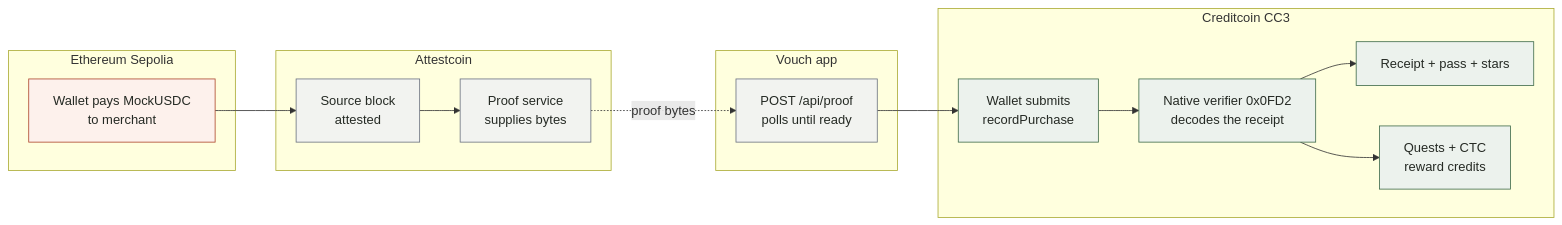
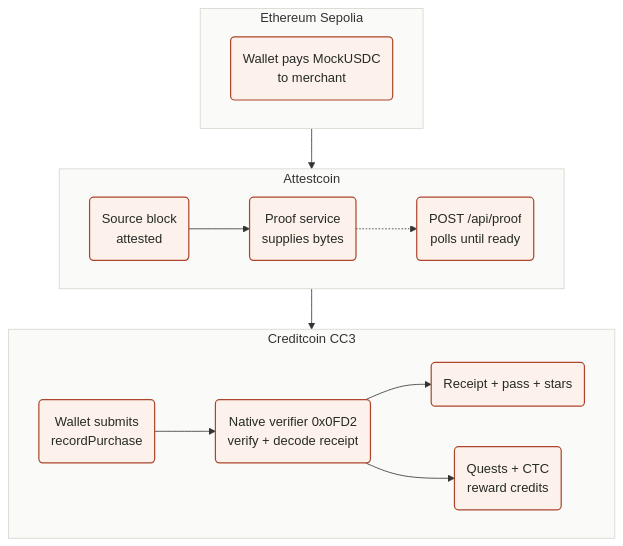
Before and after one commit to dun999/vouch: the diagram in README.md, drawn with Mermaid.

Commit message:
Lay out Attestcoin flow diagram as stacked horizontal bands

````diff
--- a/README.md
+++ b/README.md
@@ -34,35 +34,27 @@
 ```mermaid
-flowchart LR
-    subgraph sepolia["Ethereum Sepolia"]
-        PAY["Wallet pays MockUSDC<br/>to merchant"]
+flowchart TB
+    subgraph src["Ethereum Sepolia"]
+        direction LR
+        PAY("Wallet pays MockUSDC<br/>to merchant")
     end
 
-    subgraph attestcoin["Attestcoin"]
-        BLK["Source block<br/>attested"]
-        PRV["Proof service<br/>supplies bytes"]
+    subgraph att["Attestcoin"]
+        direction LR
+        BLK("Source block<br/>attested") --> PRV("Proof service<br/>supplies bytes") -.-> API("POST /api/proof<br/>polls until ready")
     end
 
-    subgraph vouch["Vouch app"]
-        API["POST /api/proof<br/>polls until ready"]
+    subgraph cc["Creditcoin CC3"]
+        direction LR
+        REC("Wallet submits<br/>recordPurchase") --> VER("Native verifier 0x0FD2<br/>verify + decode receipt")
+        VER --> RWD("Receipt + pass + stars")
+        VER --> QST("Quests + CTC<br/>reward credits")
     end
 
-    subgraph creditcoin["Creditcoin CC3"]
-        REC["Wallet submits<br/>recordPurchase"]
-        VER["Native verifier 0x0FD2<br/>decodes the receipt"]
-        RWD["Receipt + pass + stars"]
-        QST["Quests + CTC<br/>reward credits"]
-    end
+    src --> att --> cc
 
-    PAY --> BLK --> PRV
-    PRV -. proof bytes .-> API
-    API --> REC --> VER
-    VER --> RWD
-    VER --> QST
-
-    classDef src fill:#FDF1EC,stroke:#AD462C,stroke-width:1px,color:#252A24
-    classDef mid fill:#F2F3F0,stroke:#6B7280,stroke-width:1px,color:#252A24
-    classDef dst fill:#ECF2ED,stroke:#3F6B4A,stroke-width:1px,color:#252A24
-    class PAY src
-    class BLK,PRV,API mid
-    class REC,VER,RWD,QST dst
+    classDef node fill:#FDF1EC,stroke:#AD462C,stroke-width:1.5px,color:#252A24
+    class PAY,BLK,PRV,API,REC,VER,RWD,QST node
+    style src fill:#FAFAF8,stroke:#D9D5CE
+    style att fill:#FAFAF8,stroke:#D9D5CE
+    style cc fill:#FAFAF8,stroke:#D9D5CE
 ```
````
